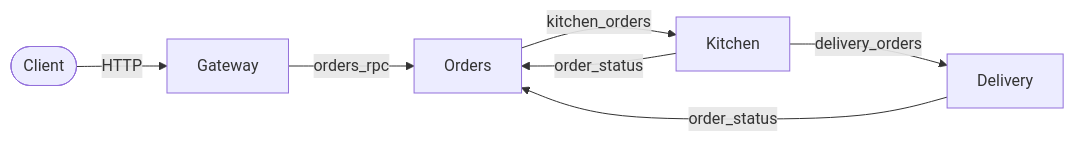
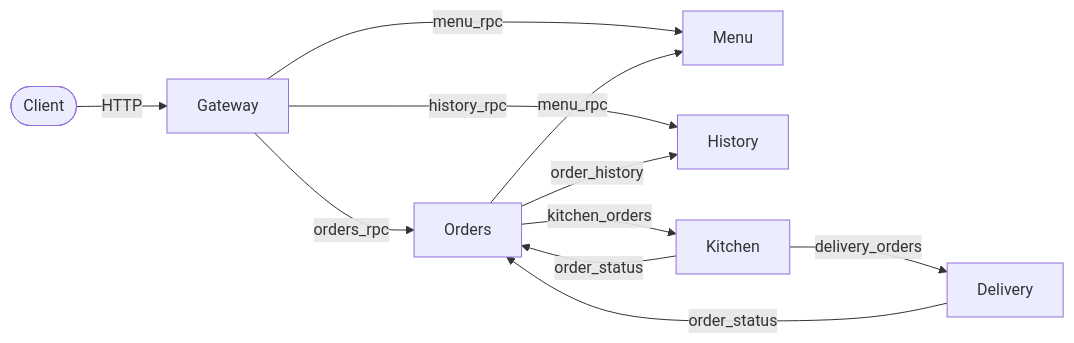
The diagram in README.md (VictorNagibator/pizza-delivery), drawn with Mermaid before and after one commit. The commit also changed other lines of this file and 25 other files, not shown here.

Commit message:
Split orders service into menu, orders and history

````diff
--- a/README.md
+++ b/README.md
@@ -14,9 +13,16 @@
 ```mermaid
 flowchart LR
-    Client([Client]) -->|"HTTP"| Gateway[Gateway]
+    Client([Client]) -->|HTTP| Gateway[Gateway]
+
+    Gateway -->|"menu_rpc"| Menu[Menu]
     Gateway -->|"orders_rpc"| Orders[Orders]
+    Gateway -->|"history_rpc"| History[History]
+
+    Orders -->|"menu_rpc"| Menu
     Orders -->|"kitchen_orders"| Kitchen[Kitchen]
+    Orders -->|"order_history"| History
+
     Kitchen -->|"delivery_orders"| Delivery[Delivery]
     Kitchen -->|"order_status"| Orders
     Delivery -->|"order_status"| Orders
 ```
````
